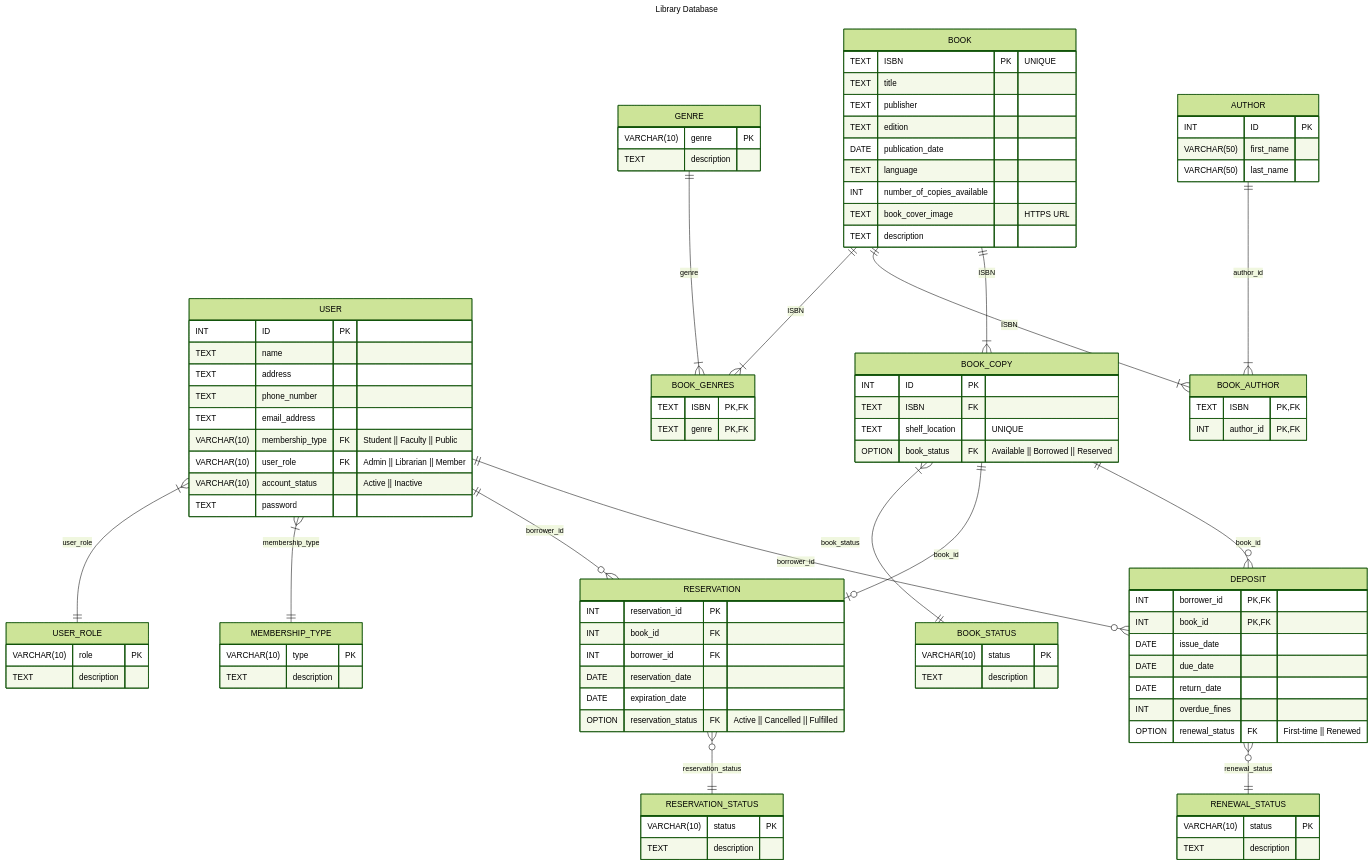
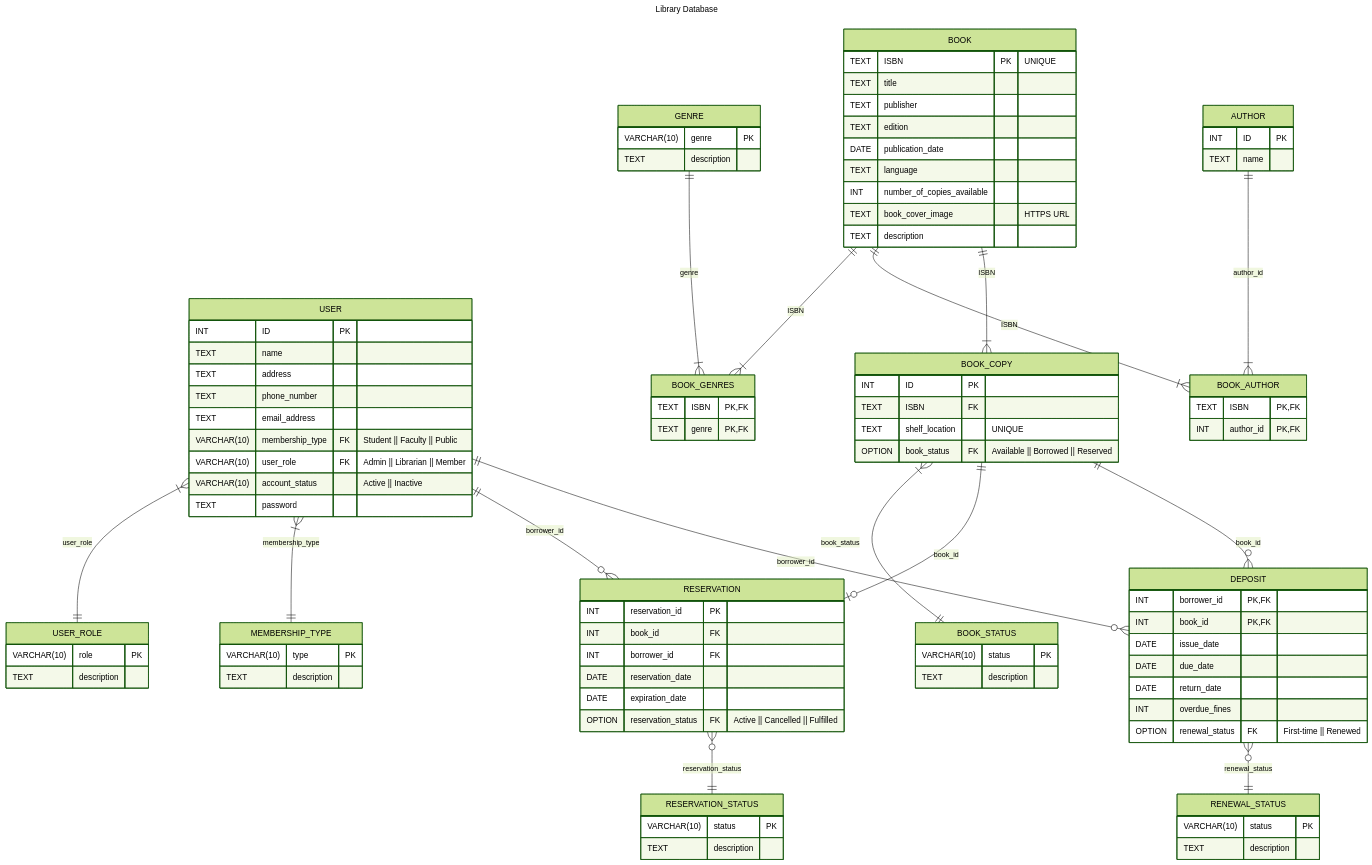
The diagram in Diagrams/Database/EntityRelationshipDiagrams.md (SadNguyen2107/Library-Management-Software-CS3332), drawn with Mermaid (forest theme) before and after one commit. The commit also changed other lines of this file and 6 other files, not shown here.

Commit message:
Merge author_first_name and author_last_name into name

```diff
--- a/Diagrams/Database/EntityRelationshipDiagrams.md
+++ b/Diagrams/Database/EntityRelationshipDiagrams.md
@@ -25,8 +25,7 @@
 
     AUTHOR {
         INT ID         PK
-        VARCHAR(50) first_name
-        VARCHAR(50) last_name
+        TEXT name 
     }
 
     BOOK {
```
